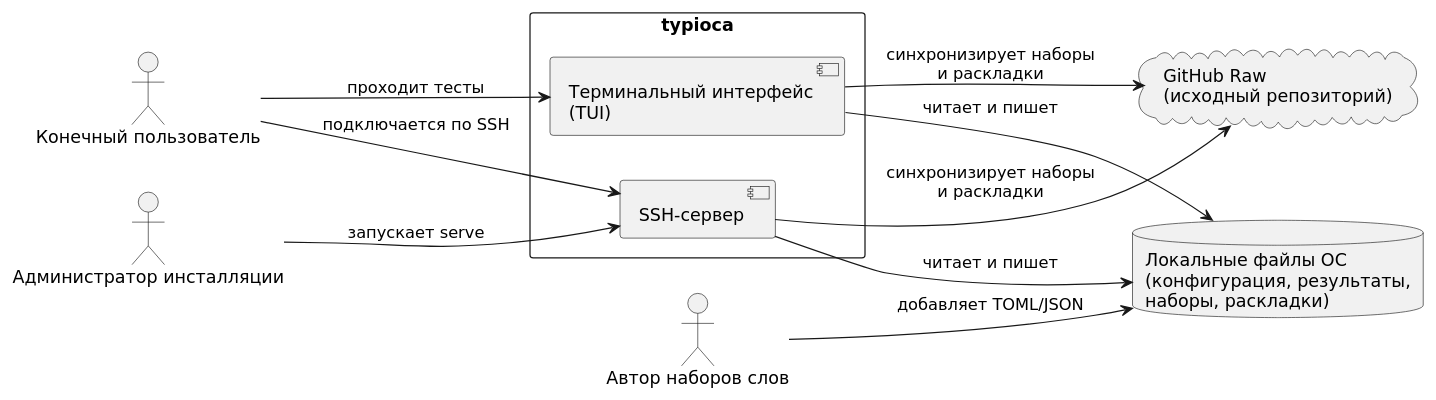
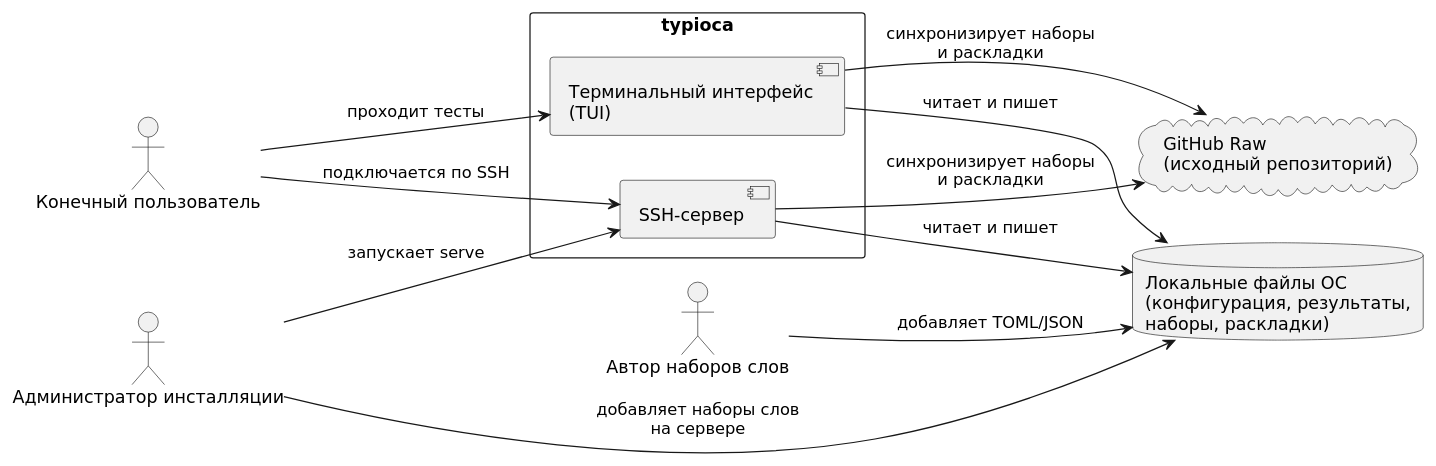
The diagram in docs/diagrams/context.puml (gitmaxlla/typioca-code), drawn with PlantUML before and after one commit. The commit also changed 7 other files, not shown here.

```diff
--- a/docs/diagrams/context.puml
+++ b/docs/diagrams/context.puml
@@ -1,27 +1,28 @@
 @startuml context
 skinparam defaultFontName "DejaVu Sans"
 skinparam backgroundColor white
 skinparam shadowing false
 left to right direction
 
 actor "Конечный пользователь" as user
 actor "Автор наборов слов" as author
 actor "Администратор инсталляции" as admin
 
 rectangle "typioca" {
   [Терминальный интерфейс\n(TUI)] as tui
   [SSH-сервер] as ssh
 }
 
 cloud "GitHub Raw\n(исходный репозиторий)" as github
 database "Локальные файлы ОС\n(конфигурация, результаты,\nнаборы, раскладки)" as fs
 
 user --> tui : проходит тесты
 author --> fs : добавляет TOML/JSON
 admin --> ssh : запускает serve
+admin --> fs : добавляет наборы слов\nна сервере
 user --> ssh : подключается по SSH
 tui --> fs : читает и пишет
 ssh --> fs : читает и пишет
 tui --> github : синхронизирует наборы\nи раскладки
 ssh --> github : синхронизирует наборы\nи раскладки
 @enduml
```
